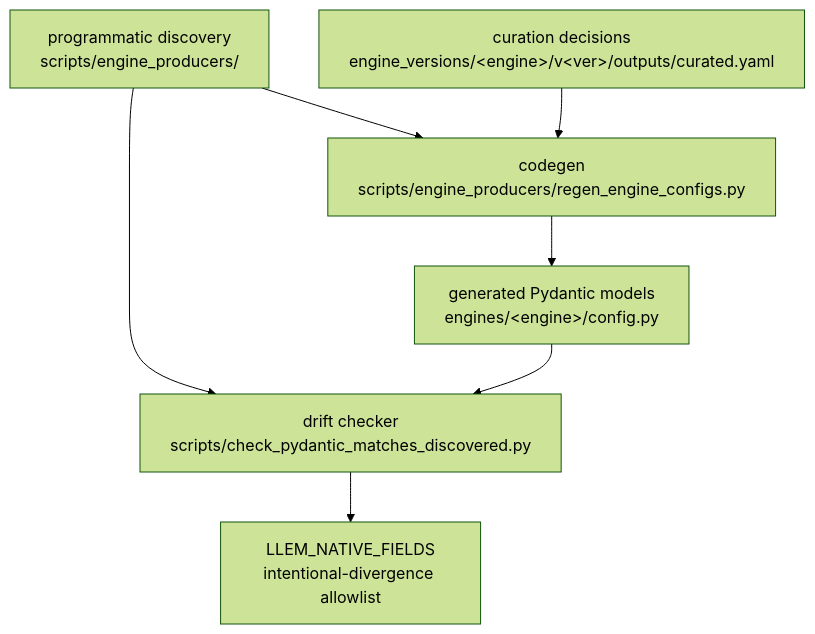
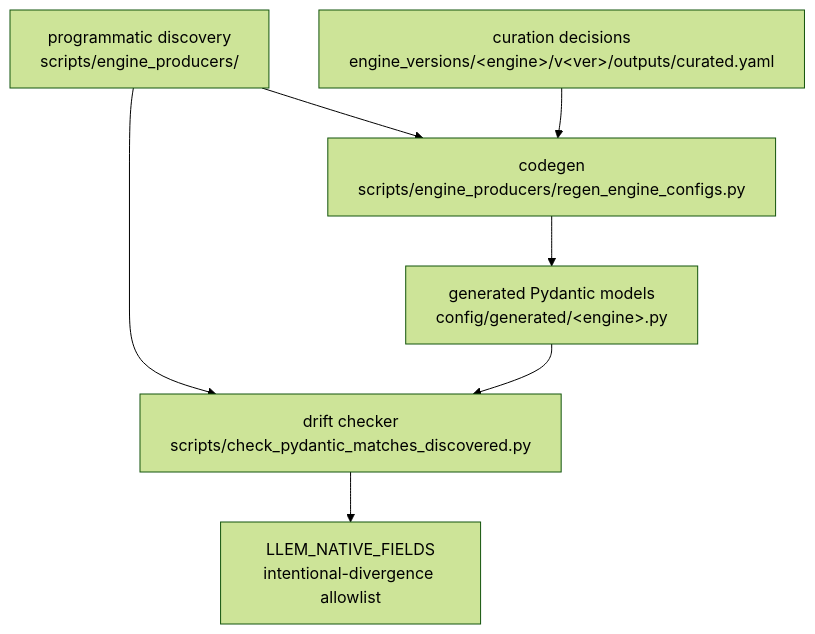
The diagram in docs/explanation/architecture/parameter-curation.md (henrycgbaker/LLenergyMeasure), drawn with Mermaid (forest theme) before and after one commit. The commit also changed 11 other files, not shown here.

````diff
--- a/docs/explanation/architecture/parameter-curation.md
+++ b/docs/explanation/architecture/parameter-curation.md
@@ -13,16 +13,16 @@
 ```mermaid
 flowchart TD
     discovery[programmatic discovery<br/>scripts/engine_producers/]
     curated[curation decisions<br/>engine_versions/&lt;engine&gt;/v&lt;ver&gt;/outputs/curated.yaml]
     codegen[codegen<br/>scripts/engine_producers/regen_engine_configs.py]
-    pydantic[generated Pydantic models<br/>engines/&lt;engine&gt;/config.py]
+    pydantic[generated Pydantic models<br/>config/generated/&lt;engine&gt;.py]
     drift[drift checker<br/>scripts/check_pydantic_matches_discovered.py]
     allowlist[LLEM_NATIVE_FIELDS<br/>intentional-divergence allowlist]
 
     discovery --> codegen
     curated --> codegen
     codegen --> pydantic
     discovery --> drift
     pydantic --> drift
     drift --> allowlist
 ```
````
